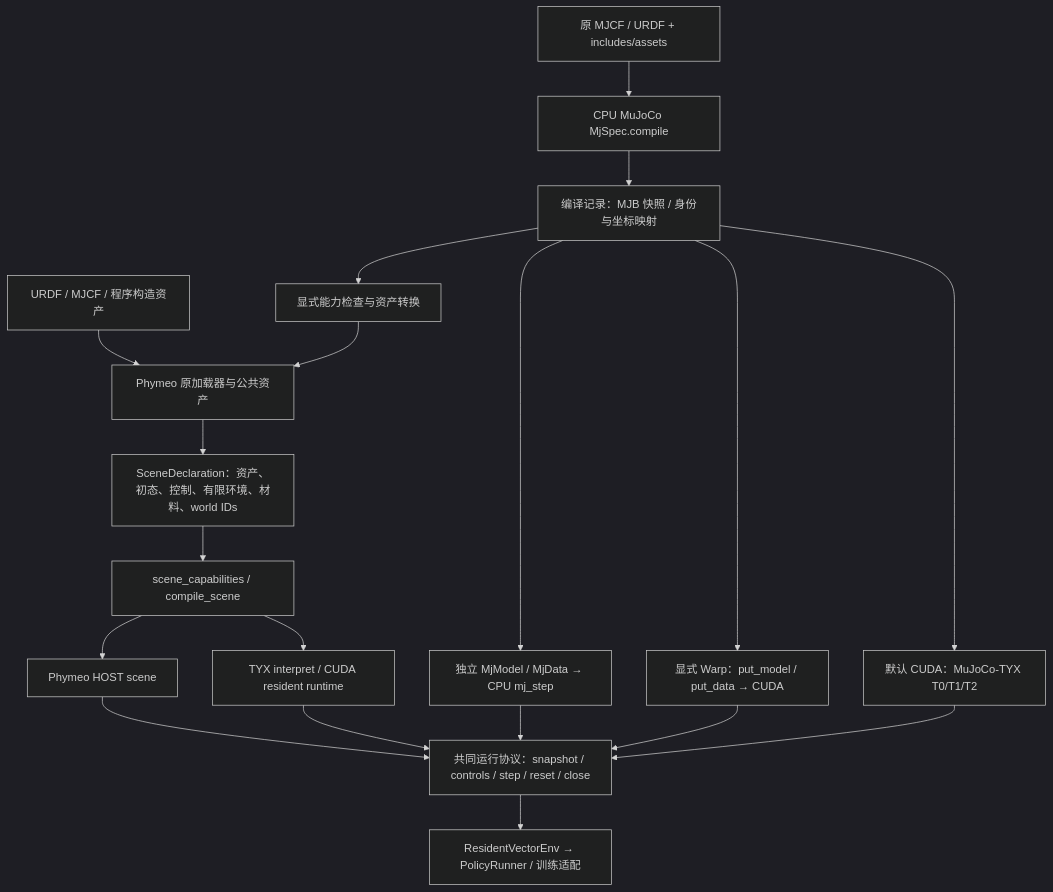
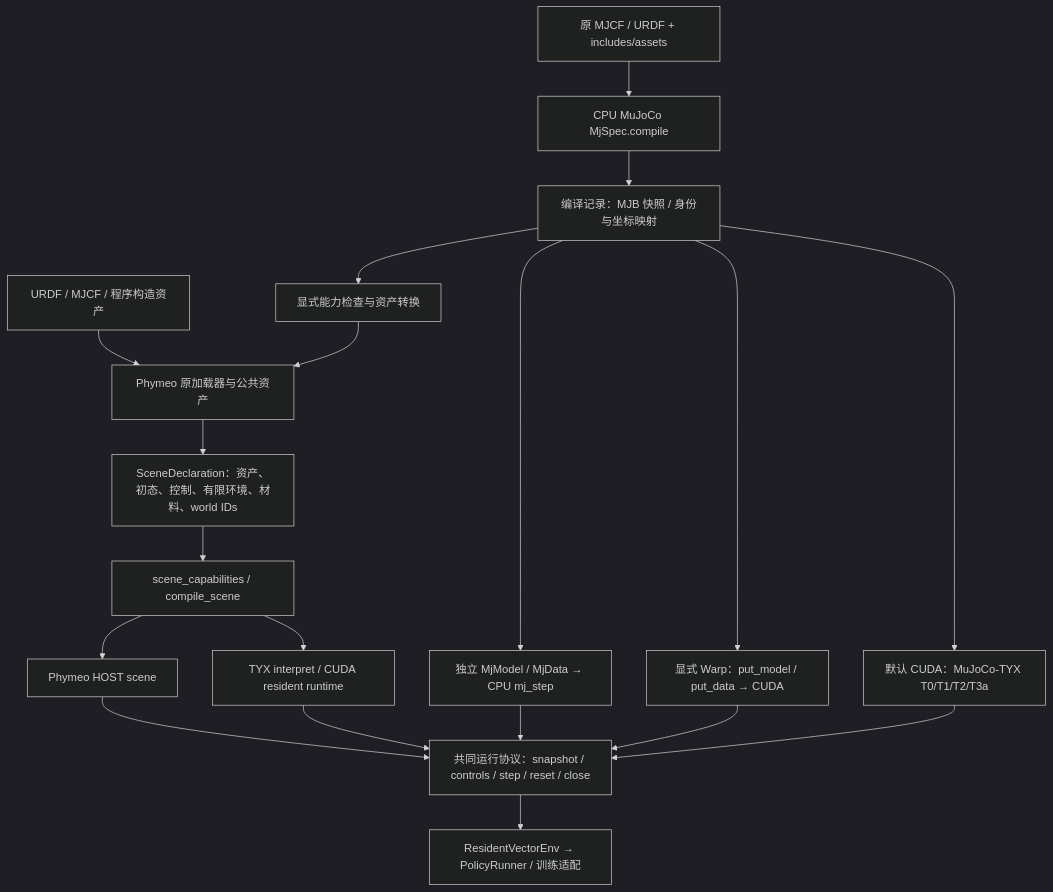
Before and after one commit to ChenxrC/phymeo: the diagram in docs/architecture/unified-scene-compilation.md, drawn with Mermaid (dark theme). The commit also changed other lines of this file and 5 other files, not shown here.

````diff
--- a/docs/architecture/unified-scene-compilation.md
+++ b/docs/architecture/unified-scene-compilation.md
@@ -5,21 +5,21 @@
 ```mermaid
 flowchart TD
   A[URDF / MJCF / 程序构造资产] --> B[Phymeo 原加载器与公共资产]
   C[原 MJCF / URDF + includes/assets] --> D[CPU MuJoCo MjSpec.compile]
   D --> E[编译记录：MJB 快照 / 身份与坐标映射]
   E --> F[显式能力检查与资产转换]
   F --> B
   B --> G[SceneDeclaration：资产、初态、控制、有限环境、材料、world IDs]
   G --> H[scene_capabilities / compile_scene]
   H --> I[Phymeo HOST scene]
   H --> J[TYX interpret / CUDA resident runtime]
   E --> K[独立 MjModel / MjData → CPU mj_step]
   E --> L[显式 Warp：put_model / put_data → CUDA]
-  E --> T[默认 CUDA：MuJoCo-TYX T0/T1/T2]
+  E --> T[默认 CUDA：MuJoCo-TYX T0/T1/T2/T3a]
   I --> M[共同运行协议：snapshot / controls / step / reset / close]
   J --> M
   K --> M
   L --> M
   T --> M
   M --> N[ResidentVectorEnv → PolicyRunner / 训练适配]
 ```
````
